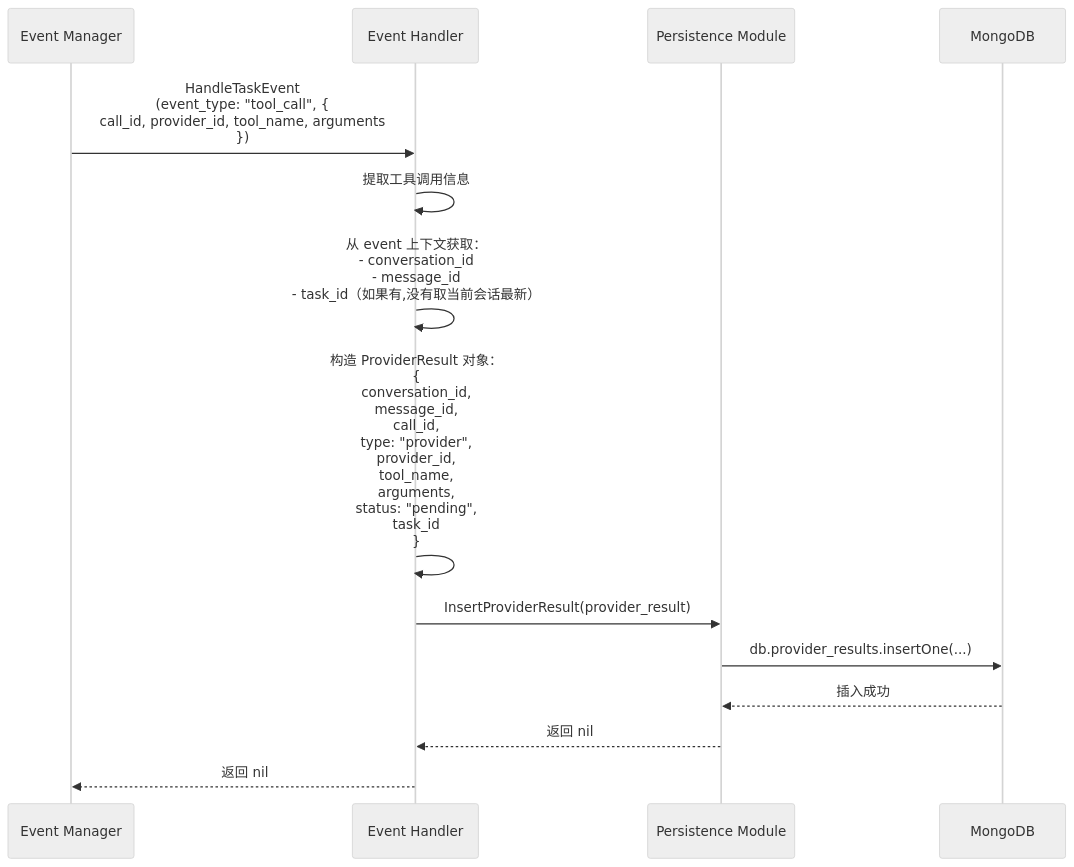
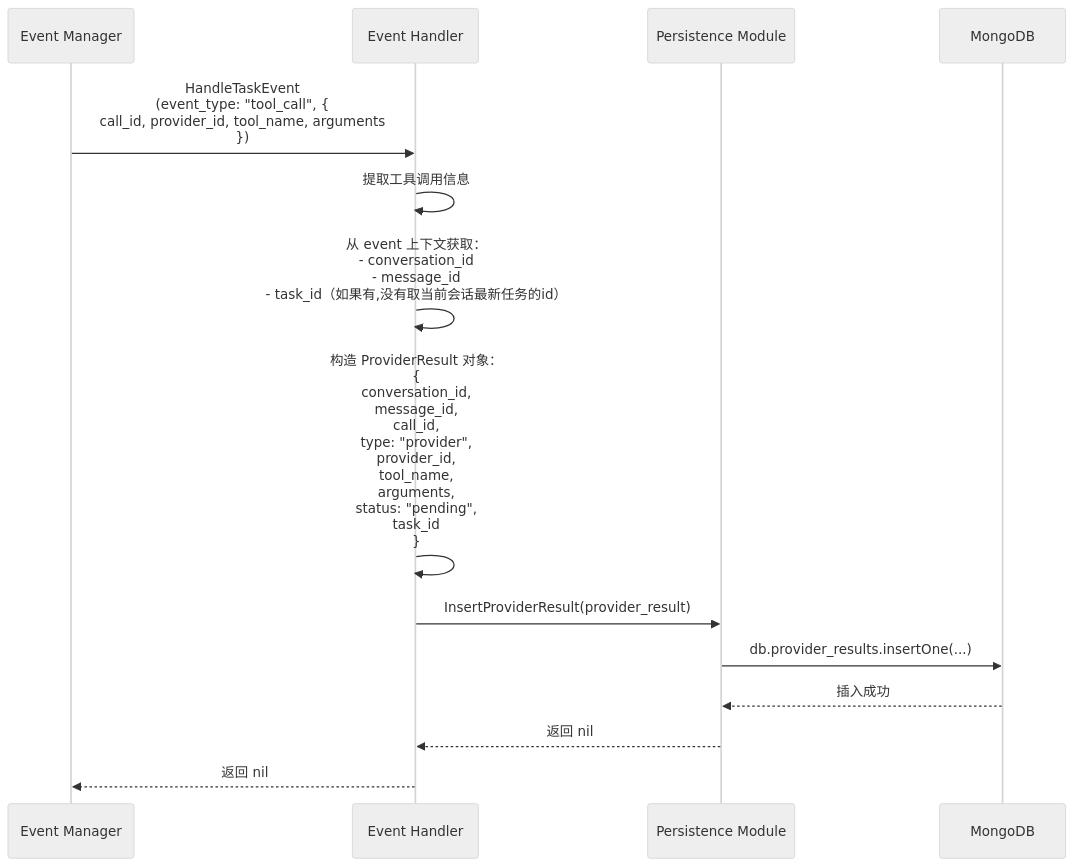
One commit to yingjianzh/iodraw-files changed the diagram in all/未命名-10.md. Above: the diagram before and after it, drawn with Mermaid (neutral theme).

Commit message:
2025-12-25 11:27:11 update

````diff
--- a/all/未命名-10.md
+++ b/all/未命名-10.md
@@ -1,22 +1,22 @@
 ```mermaid
 sequenceDiagram
     participant EM as Event Manager
     participant EH as Event Handler
     participant Persist as Persistence Module
     participant DB as MongoDB
 
     EM->>EH: HandleTaskEvent<br/>(event_type: "tool_call", {<br/>  call_id, provider_id, tool_name, arguments<br/>})
     
     EH->>EH: 提取工具调用信息
     
-    EH->>EH: 从 event 上下文获取：<br/>- conversation_id<br/>- message_id<br/>- task_id（如果有,没有取当前会话最新）
+    EH->>EH: 从 event 上下文获取：<br/>- conversation_id<br/>- message_id<br/>- task_id（如果有,没有取当前会话最新任务的id）
     
     EH->>EH: 构造 ProviderResult 对象：<br/>{<br/>  conversation_id,<br/>  message_id,<br/>  call_id,<br/>  type: "provider",<br/>  provider_id,<br/>  tool_name,<br/>  arguments,<br/>  status: "pending",<br/>  task_id<br/>}
     
     EH->>Persist: InsertProviderResult(provider_result)
     Persist->>DB: db.provider_results.insertOne(...)
     DB-->>Persist: 插入成功
     
     Persist-->>EH: 返回 nil
     EH-->>EM: 返回 nil
 ```
````
